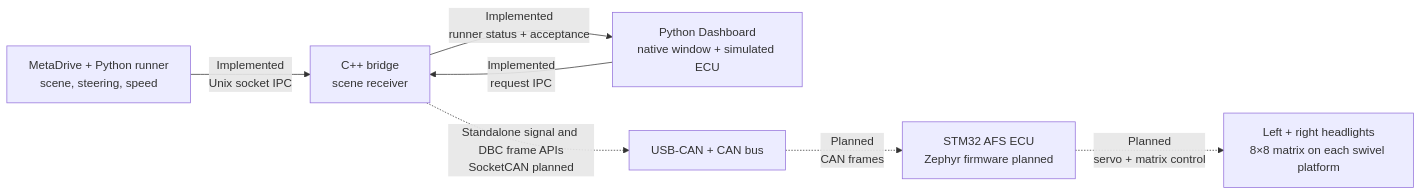
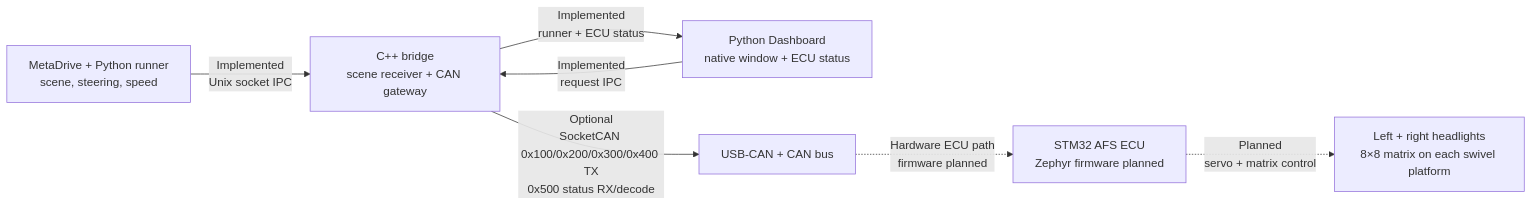
The diagram in README.md (namtruonghoang1909/Adaptive-Frontlighting-System), drawn with Mermaid before and after one commit. The commit also changed other lines of this file and 5 other files, not shown here.

````diff
--- a/README.md
+++ b/README.md
@@ -9,9 +20,9 @@
 ```mermaid
 flowchart LR
-    SIM["MetaDrive + Python runner<br/>scene, steering, speed"] -->|"Implemented<br/>Unix socket IPC"| BRIDGE["C++ bridge<br/>scene receiver"]
-    DASH["Python Dashboard<br/>native window + simulated ECU"] -->|"Implemented<br/>request IPC"| BRIDGE
-    BRIDGE -->|"Implemented<br/>runner status + acceptance"| DASH
-    BRIDGE -.->|"Standalone signal and DBC frame APIs<br/>SocketCAN planned"| BUS["USB-CAN + CAN bus"]
-    BUS -.->|"Planned<br/>CAN frames"| ECU["STM32 AFS ECU<br/>Zephyr firmware planned"]
+    SIM["MetaDrive + Python runner<br/>scene, steering, speed"] -->|"Implemented<br/>Unix socket IPC"| BRIDGE["C++ bridge<br/>scene receiver + CAN gateway"]
+    DASH["Python Dashboard<br/>native window + ECU status"] -->|"Implemented<br/>request IPC"| BRIDGE
+    BRIDGE -->|"Implemented<br/>runner + ECU status"| DASH
+    BRIDGE -->|"Optional<br/>SocketCAN 0x100/0x200/0x300/0x400 TX<br/>0x500 status RX/decode"| BUS["USB-CAN + CAN bus"]
+    BUS -.->|"Hardware ECU path<br/>firmware planned"| ECU["STM32 AFS ECU<br/>Zephyr firmware planned"]
     ECU -.->|"Planned<br/>servo + matrix control"| LAMPS["Left + right headlights<br/>8×8 matrix on each swivel platform"]
 ```
````
